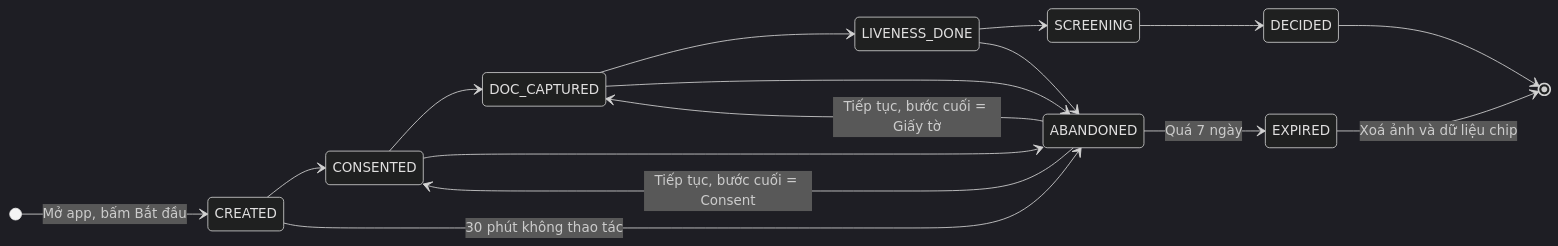
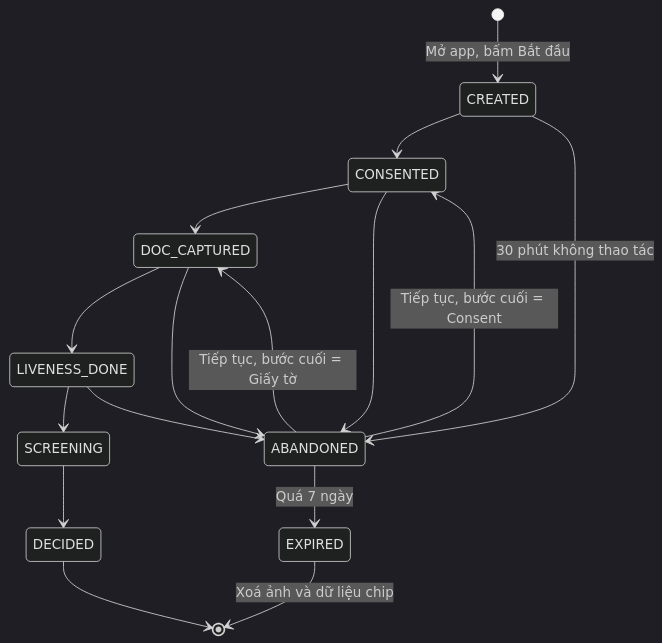
The first of 2 diagrams in docs/01-business/C06-session-lifecycle.md (handao2303/aegis-ekyc-ui), drawn with Mermaid (dark theme) before and after one commit. The commit also changed 51 other files, not shown here.

First line of the commit message:
docs: render diagrams to PNG for Confluence; vertical layout for wide flows

````diff
--- a/docs/01-business/C06-session-lifecycle.md
+++ b/docs/01-business/C06-session-lifecycle.md
@@ -13,21 +13,20 @@
 ```mermaid
 stateDiagram-v2
-    direction LR
     [*] --> CREATED: Mở app, bấm Bắt đầu
     CREATED --> CONSENTED
     CONSENTED --> DOC_CAPTURED
     DOC_CAPTURED --> LIVENESS_DONE
     LIVENESS_DONE --> SCREENING
     SCREENING --> DECIDED
     DECIDED --> [*]
 
     state "ABANDONED" as AB
     CREATED --> AB: 30 phút không thao tác
     CONSENTED --> AB
     DOC_CAPTURED --> AB
     LIVENESS_DONE --> AB
     AB --> CONSENTED: Tiếp tục, bước cuối = Consent
     AB --> DOC_CAPTURED: Tiếp tục, bước cuối = Giấy tờ
     AB --> EXPIRED: Quá 7 ngày
     EXPIRED --> [*]: Xoá ảnh và dữ liệu chip
 ```
````
